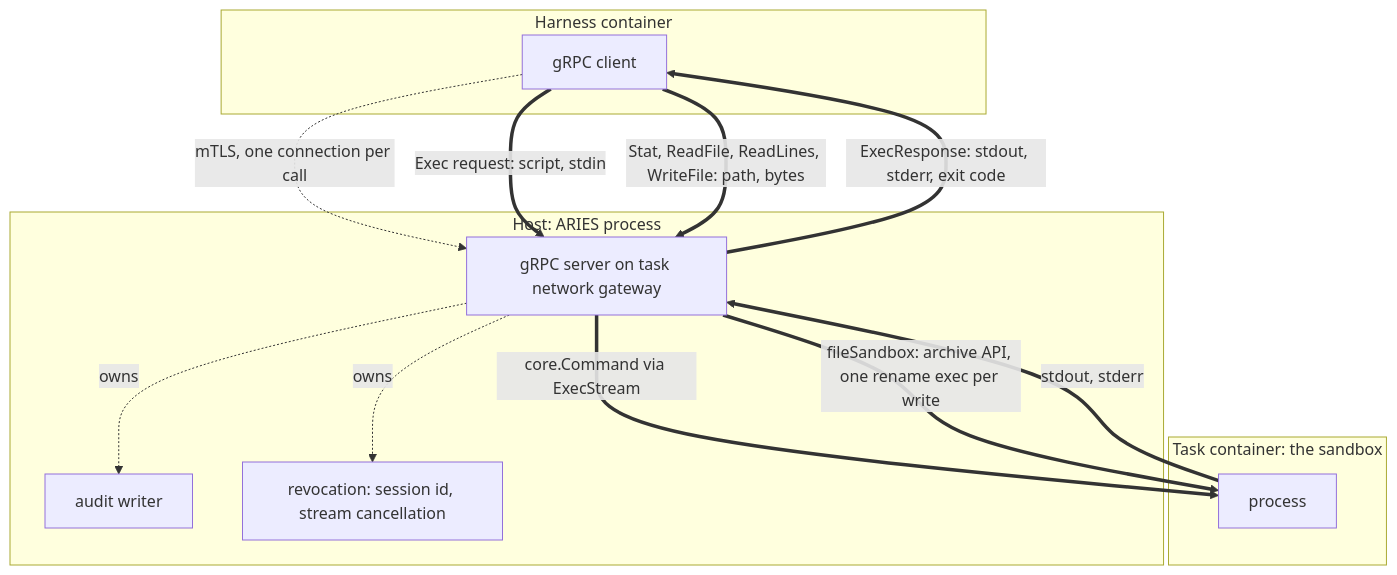
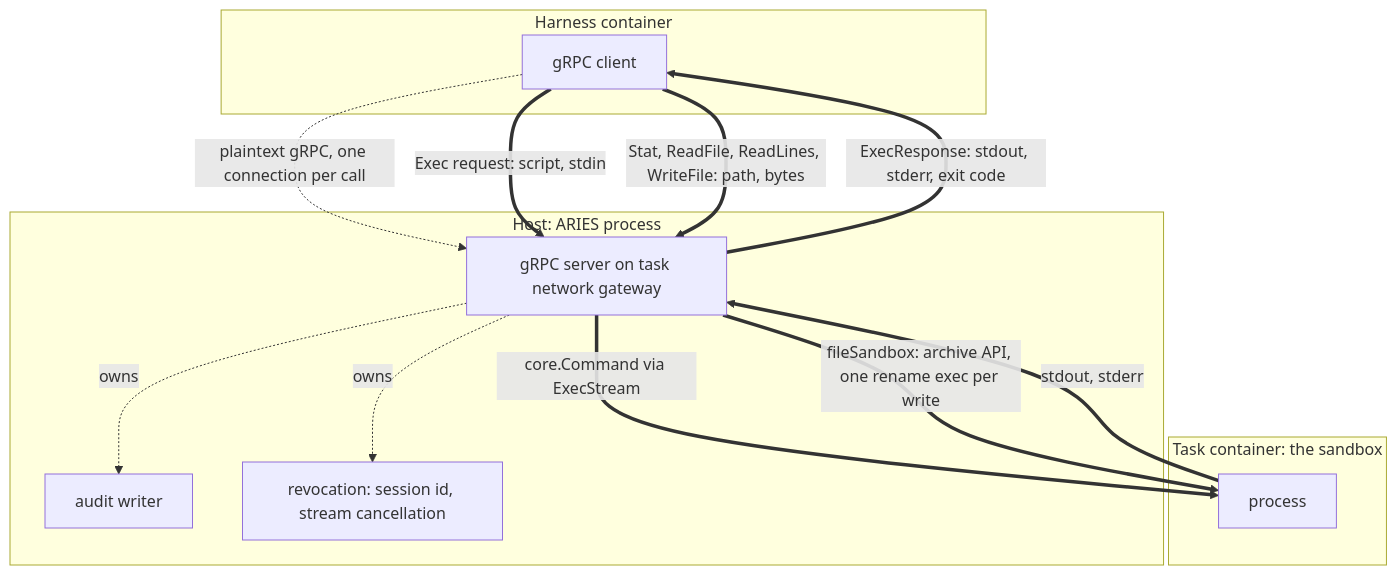
The diagram in docs/design/grpc-bridge.md (hyscale-lab/ARIES), drawn with Mermaid before and after one commit. The commit also changed other lines of this file and 5 other files, not shown here.

````diff
--- a/docs/design/grpc-bridge.md
+++ b/docs/design/grpc-bridge.md
@@ -26,27 +26,27 @@
 ```mermaid
 flowchart TB
     subgraph H["Harness container"]
         C["gRPC client"]
     end
 
     subgraph P["Host: ARIES process"]
         G["gRPC server on task network gateway"]
         A["audit writer"]
         R["revocation: session id, stream cancellation"]
     end
 
     subgraph S["Task container: the sandbox"]
         T["process"]
     end
 
-    C -. mTLS, one connection per call .-> G
+    C -. plaintext gRPC, one connection per call .-> G
     G -. owns .-> A
     G -. owns .-> R
 
     C ==>|Exec request: script, stdin| G
     G ==>|core.Command via ExecStream| T
     T ==>|stdout, stderr| G
     G ==>|ExecResponse: stdout, stderr, exit code| C
     C ==>|Stat, ReadFile, ReadLines, WriteFile: path, bytes| G
     G ==>|fileSandbox: archive API, one rename exec per write| T
 ```
````
